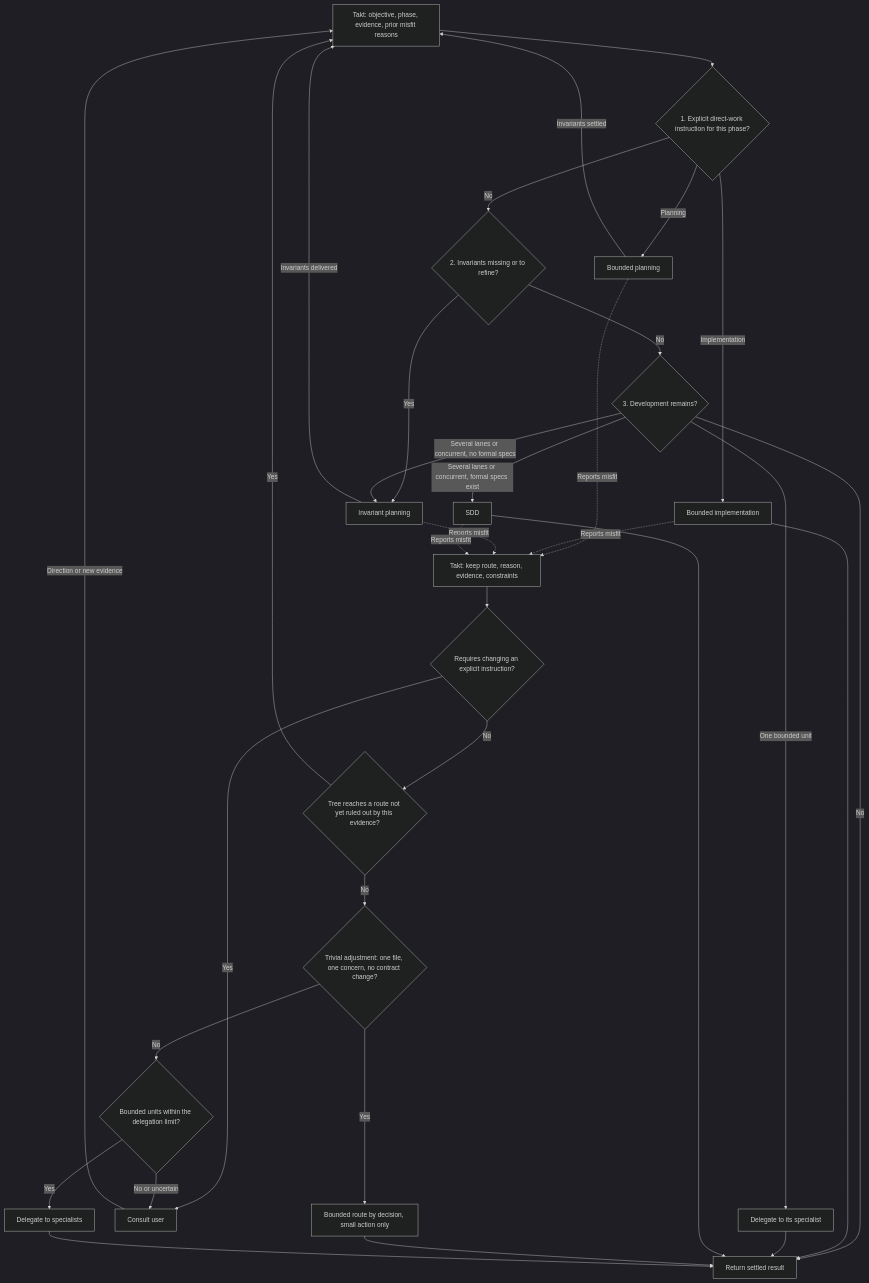
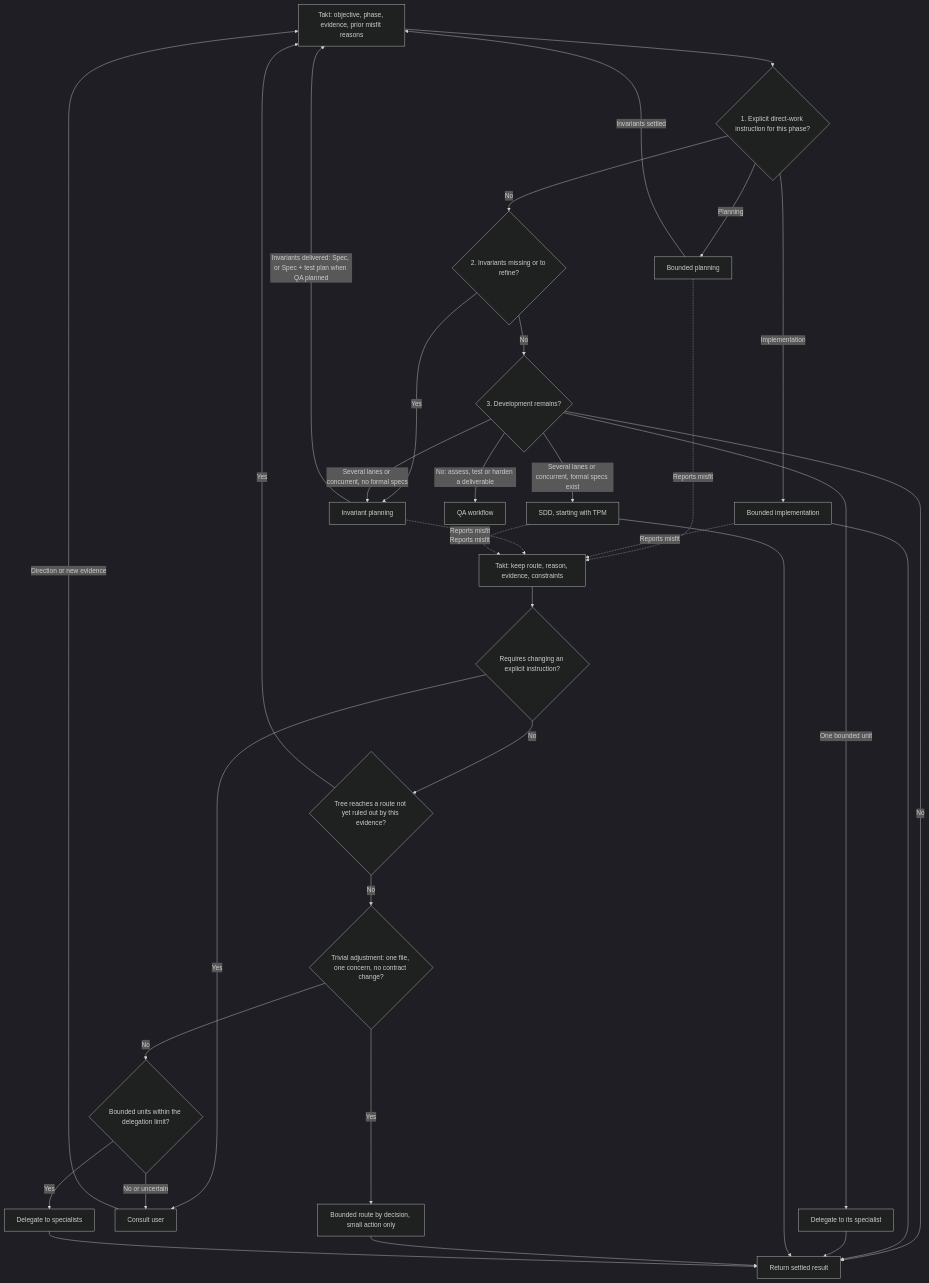
One commit to rou-cru/takt-ai changed the diagram in product/meta-harness/orchestration/WORKFLOW_SELECTION.md. Above: the diagram before and after it, drawn with Mermaid (dark theme). The commit also changed other lines of this file and 94 other files, not shown here.

````diff
--- a/product/meta-harness/orchestration/WORKFLOW_SELECTION.md
+++ b/product/meta-harness/orchestration/WORKFLOW_SELECTION.md
@@ -33,37 +33,38 @@
 ```mermaid
 flowchart TD
     Start["Takt: objective, phase, evidence, prior misfit reasons"] --> Order{"1. Explicit direct-work instruction for this phase?"}
     Order -->|Planning| BP["Bounded planning"]
     Order -->|Implementation| BW["Bounded implementation"]
     Order -->|No| Gaps{"2. Invariants missing or to refine?"}
     Gaps -->|Yes| IP["Invariant planning"]
     Gaps -->|No| Dev{"3. Development remains?"}
     Dev -->|One bounded unit| Unit["Delegate to its specialist"]
-    Dev -->|Several lanes or concurrent, formal specs exist| SDD["SDD"]
+    Dev -->|Several lanes or concurrent, formal specs exist| SDD["SDD, starting with TPM"]
     Dev -->|Several lanes or concurrent, no formal specs| IP
+    Dev -->|"No: assess, test or harden a deliverable"| QA["QA workflow"]
     Dev -->|No| Complete["Return settled result"]
 
-    IP -->|Invariants delivered| Start
+    IP -->|"Invariants delivered: Spec, or Spec + test plan when QA planned"| Start
     BP -->|Invariants settled| Start
     BW --> Complete
     Unit --> Complete
     SDD --> Complete
 
     BP -.->|Reports misfit| Return
     BW -.->|Reports misfit| Return
     IP -.->|Reports misfit| Return
     SDD -.->|Reports misfit| Return
 
     Return["Takt: keep route, reason, evidence, constraints"] --> Conflict{"Requires changing an explicit instruction?"}
     Conflict -->|Yes| Ask["Consult user"]
     Conflict -->|No| Fresh{"Tree reaches a route not yet ruled out by this evidence?"}
     Fresh -->|Yes| Start
     Fresh -->|No| Trivial{"Trivial adjustment: one file, one concern, no contract change?"}
     Trivial -->|Yes| Direct["Bounded route by decision, small action only"]
     Trivial -->|No| Light{"Bounded units within the delegation limit?"}
     Light -->|Yes| Specialists["Delegate to specialists"]
     Light -->|No or uncertain| Ask
     Ask -->|Direction or new evidence| Start
     Direct --> Complete
     Specialists --> Complete
 ```
````
